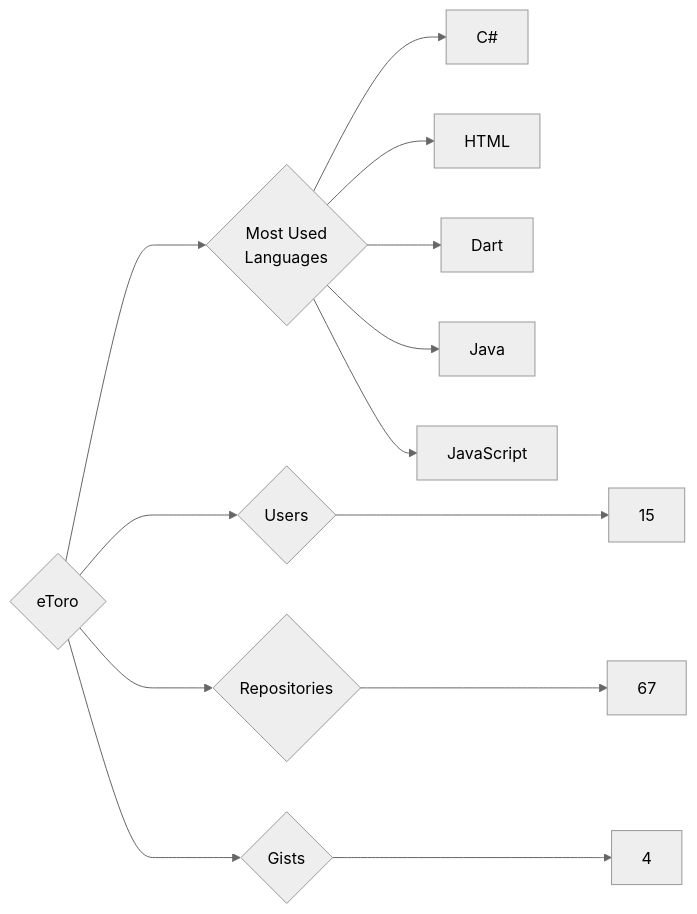
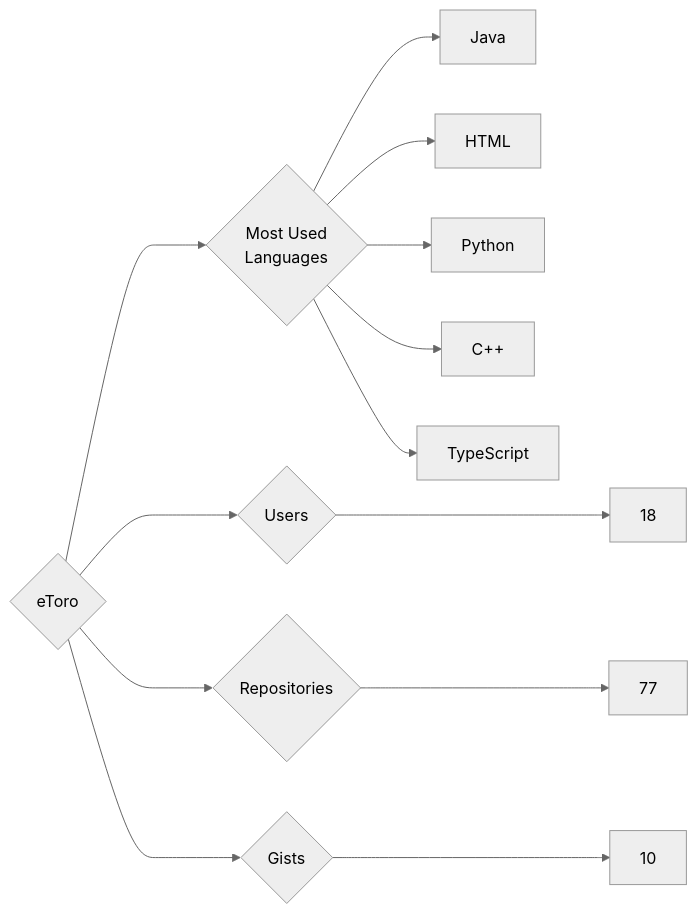
Before and after one commit to trickest/insiders: the diagram in targets/eToro/README.md, drawn with Mermaid (neutral theme). The commit also changed 870 other files, not shown here.

````diff
--- a/targets/eToro/README.md
+++ b/targets/eToro/README.md
@@ -3,13 +3,13 @@
 ```mermaid
 graph LR
 COMPANY_NAME{eToro}
-COMPANY_NAME ---> U{Users} ---> UN[15]
-COMPANY_NAME ---> R{Repositories} ---> RN[67]
-COMPANY_NAME ---> G{Gists} ---> GN[4]
+COMPANY_NAME ---> U{Users} ---> UN[18]
+COMPANY_NAME ---> R{Repositories} ---> RN[77]
+COMPANY_NAME ---> G{Gists} ---> GN[10]
 COMPANY_NAME ---> ML{Most Used<br>Languages}
-ML --> C#[C#]
+ML --> Java[Java]
 ML --> HTML[HTML]
-ML --> Dart[Dart]
-ML --> Java[Java]
-ML --> JavaScript[JavaScript]
+ML --> Python[Python]
+ML --> C++[C++]
+ML --> TypeScript[TypeScript]
 ```
````
